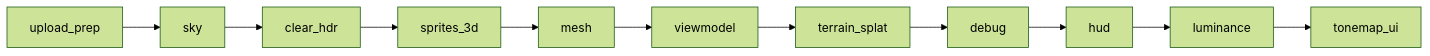
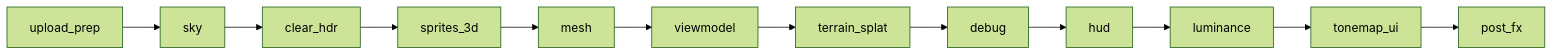
Before and after one commit to ShadowOfEVolk/deerpunk: the second of 4 diagrams in docs/renderer.md, drawn with Mermaid (forest theme). The commit also changed other lines of this file and 11 other files, not shown here.

Commit message:
renderer: manifest-driven post-FX chain (PostFx graph pass, chain.toml loader, ping-pong intermediates)

````diff
--- a/docs/renderer.md
+++ b/docs/renderer.md
@@ -82,15 +82,16 @@
 ```mermaid
 flowchart LR
     UP[upload_prep]
     SKY[sky]
     CLR[clear_hdr]
     SP[sprites_3d]
     M[mesh]
     VM[viewmodel]
     TS[terrain_splat]
     DB[debug]
     HUD[hud]
     LU[luminance]
     TT[tonemap_ui]
-    UP --> SKY --> CLR --> SP --> M --> VM --> TS --> DB --> HUD --> LU --> TT
+    PF[post_fx]
+    UP --> SKY --> CLR --> SP --> M --> VM --> TS --> DB --> HUD --> LU --> TT --> PF
 ```
````
